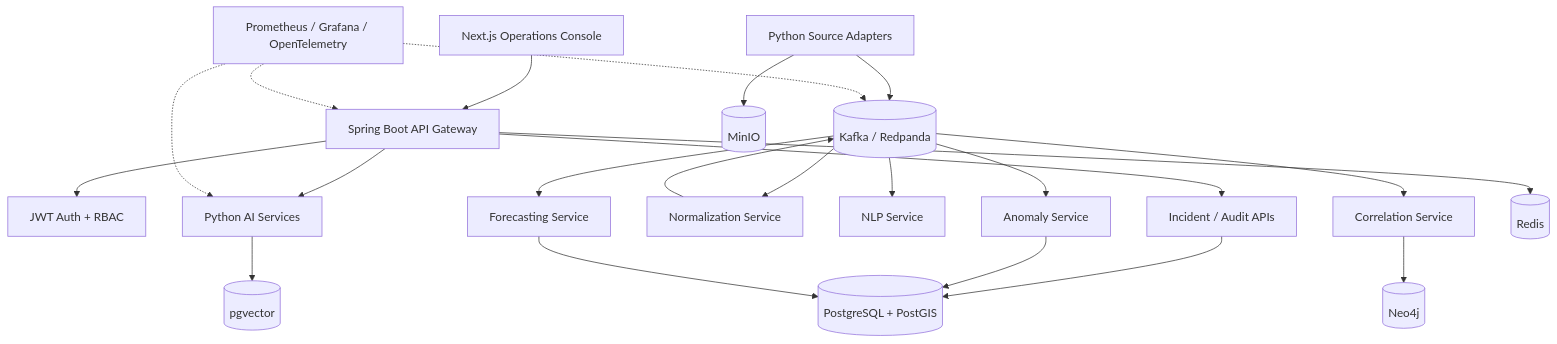
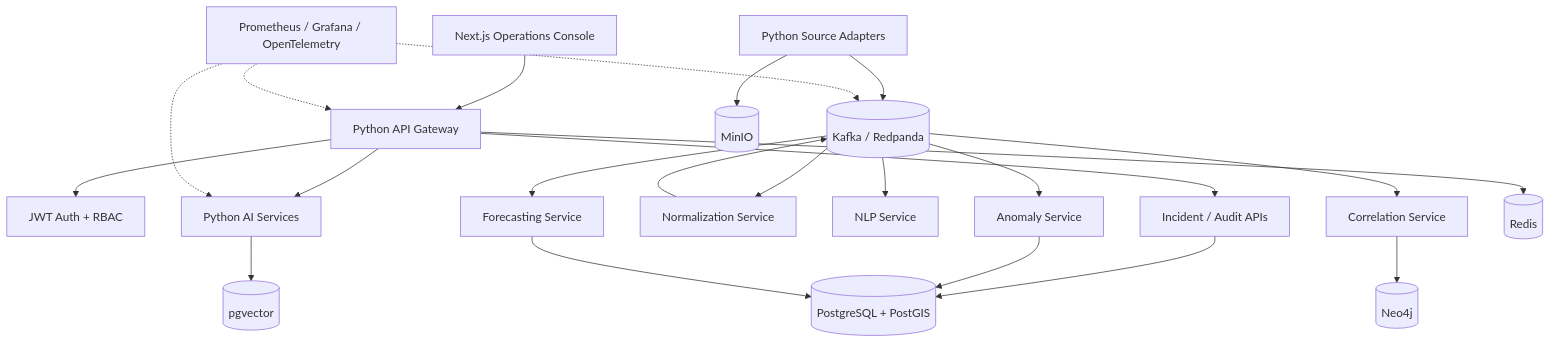
The second of 2 diagrams in README.md (Bishrav/AEGIS), drawn with Mermaid before and after one commit. The commit also changed other lines of this file, not shown here.

````diff
--- a/README.md
+++ b/README.md
@@ -87,24 +91,24 @@
 ```mermaid
 flowchart TB
-  browser[Next.js Operations Console] --> gateway[Spring Boot API Gateway]
+  browser[Next.js Operations Console] --> gateway[Python API Gateway]
   gateway --> auth[JWT Auth + RBAC]
   gateway --> incident[Incident / Audit APIs]
   gateway --> python[Python AI Services]
   adapters[Python Source Adapters] --> kafka[(Kafka / Redpanda)]
   kafka --> normalize[Normalization Service]
   normalize --> kafka
   kafka --> nlp[NLP Service]
   kafka --> anomaly[Anomaly Service]
   kafka --> forecast[Forecasting Service]
   kafka --> correlation[Correlation Service]
   correlation --> neo[(Neo4j)]
   incident --> pg[(PostgreSQL + PostGIS)]
   anomaly --> pg
   forecast --> pg
   python --> vector[(pgvector)]
   adapters --> object[(MinIO)]
   gateway --> redis[(Redis)]
   obs[Prometheus / Grafana / OpenTelemetry] -.-> gateway
   obs -.-> python
   obs -.-> kafka
 ```
````
